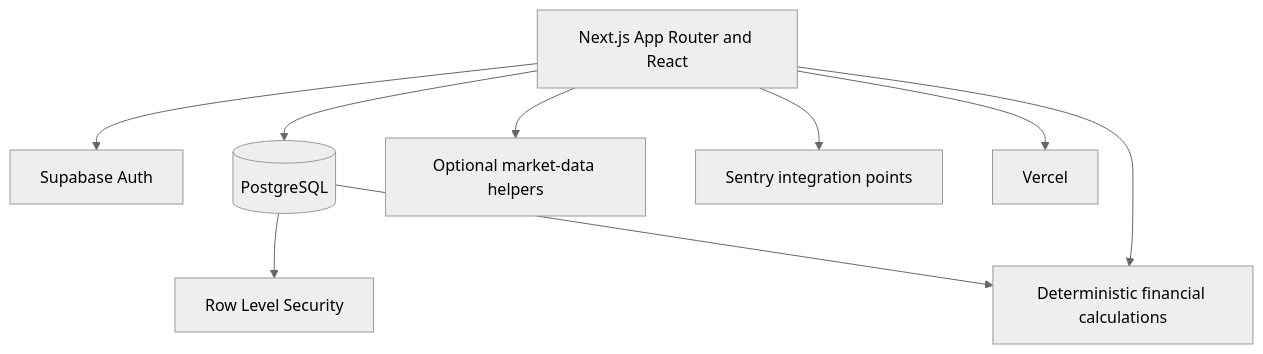
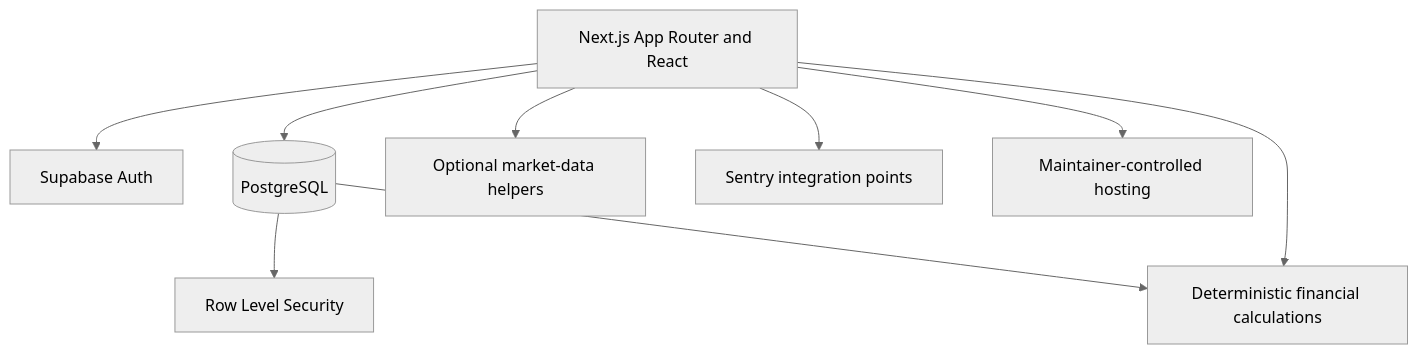
Before and after one commit to maijamalhoon/jalvoro-platform: the third of 3 diagrams in README.md, drawn with Mermaid (neutral theme). The commit also changed other lines of this file and 34 other files, not shown here.

````diff
--- a/README.md
+++ b/README.md
@@ -152,20 +150,20 @@
 ```mermaid
 flowchart TB
     UI[Next.js App Router and React]
     AUTH[Supabase Auth]
     DB[(PostgreSQL)]
     RLS[Row Level Security]
     CALC[Deterministic financial calculations]
     MARKET[Optional market-data helpers]
     MONITOR[Sentry integration points]
-    DEPLOY[Vercel]
+    HOST[Maintainer-controlled hosting]
 
     UI --> AUTH
     UI --> DB
     DB --> RLS
     DB --> CALC
     UI --> CALC
     UI --> MARKET
     UI --> MONITOR
-    UI --> DEPLOY
+    UI --> HOST
 ```
````
